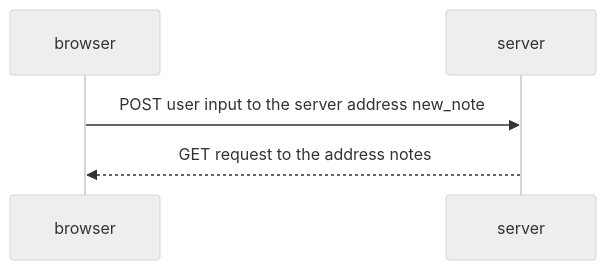
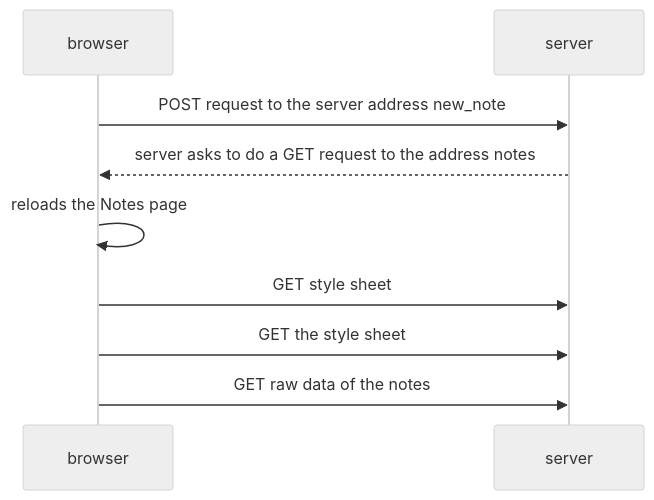
Before and after one commit to early-dew/FullStackOpen: the diagram in Part0.md, drawn with Mermaid (neutral theme).

````diff
--- a/Part0.md
+++ b/Part0.md
@@ -1,7 +1,11 @@
 ```mermaid
 sequenceDiagram
  participant browser
  participant server
- browser->>server: POST user input to the server address new_note
- server-->>browser: GET request to the address notes
+ browser->>server: POST request to the server address new_note
+ server-->>browser:  server asks to do a GET request to the address notes
+ browser->>browser: reloads the Notes page
+ browser->>server: GET style sheet
+ browser->>server: GET the style sheet
+ browser->>server: GET raw data of the notes
 ```
````
